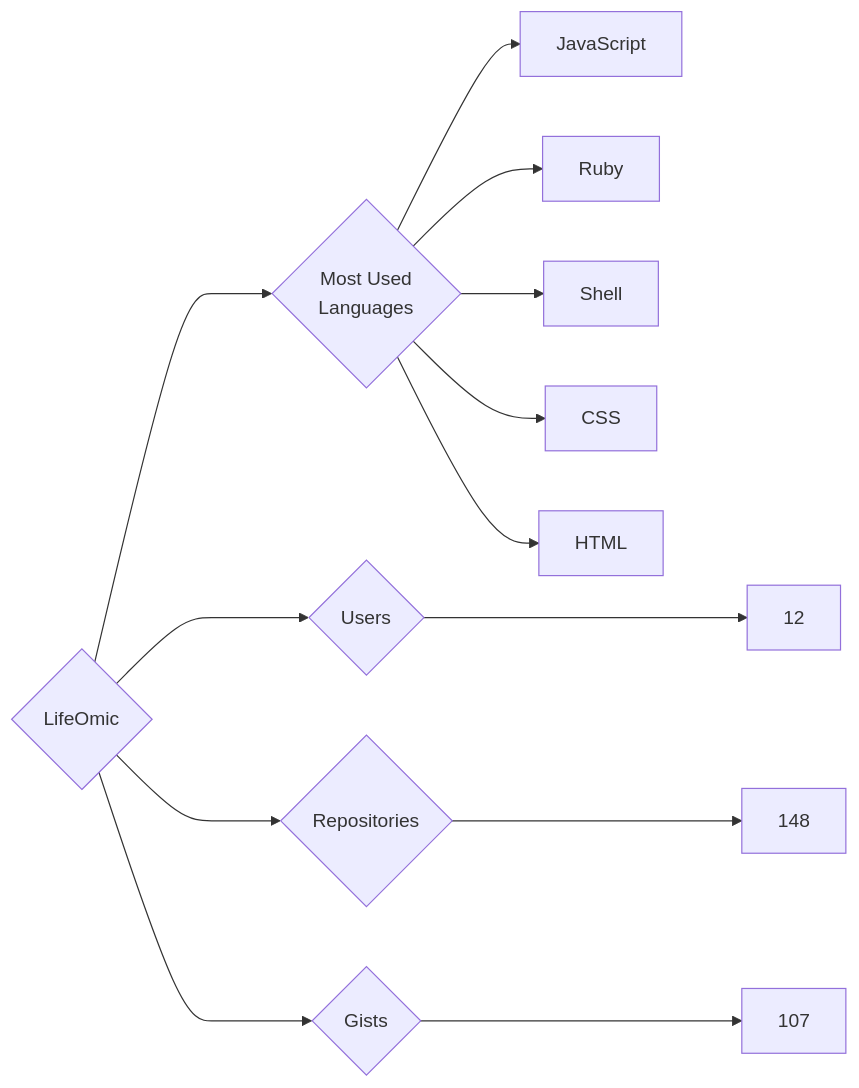
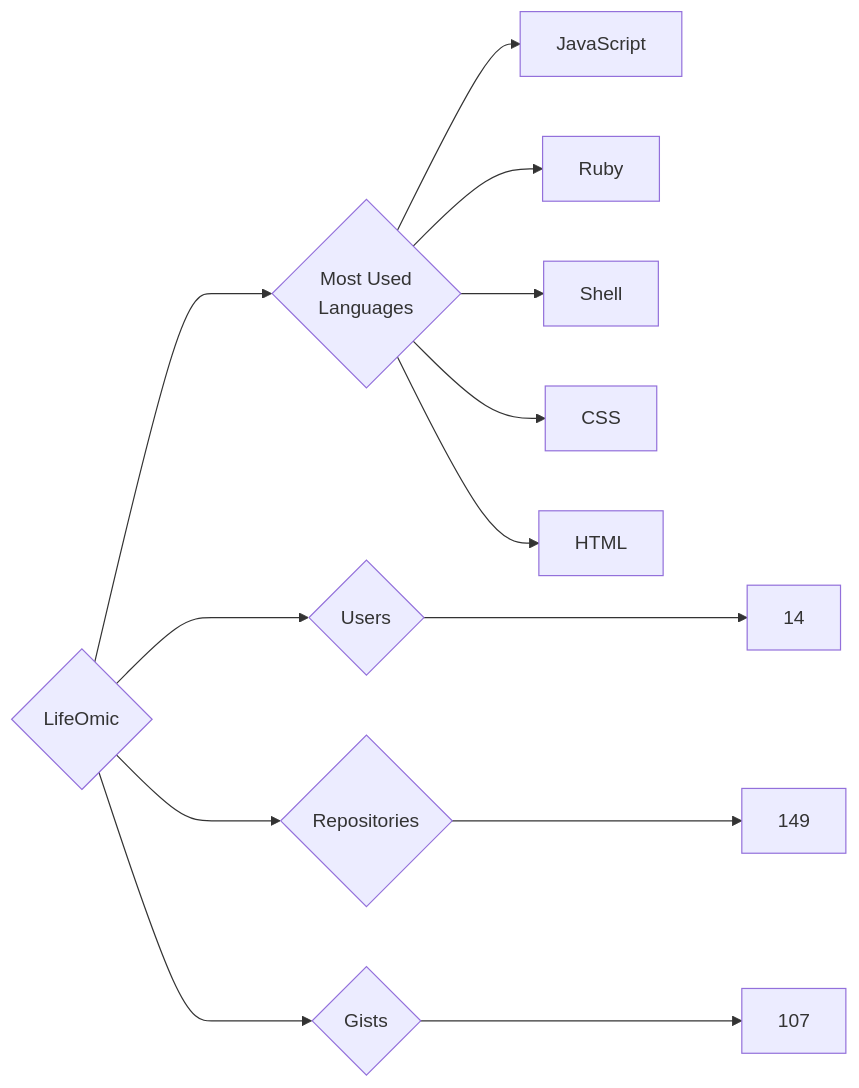
Before and after one commit to trickest/insiders: the diagram in targets/LifeOmic/README.md, drawn with Mermaid. The commit also changed 965 other files, not shown here.

````diff
--- a/targets/LifeOmic/README.md
+++ b/targets/LifeOmic/README.md
@@ -3,13 +3,13 @@
 ```mermaid
 graph LR
 COMPANY_NAME{LifeOmic}
-COMPANY_NAME ---> U{Users} ---> UN[12]
-COMPANY_NAME ---> R{Repositories} ---> RN[148]
+COMPANY_NAME ---> U{Users} ---> UN[14]
+COMPANY_NAME ---> R{Repositories} ---> RN[149]
 COMPANY_NAME ---> G{Gists} ---> GN[107]
 COMPANY_NAME ---> ML{Most Used<br>Languages}
 ML --> JavaScript[JavaScript]
 ML --> Ruby[Ruby]
 ML --> Shell[Shell]
 ML --> CSS[CSS]
 ML --> HTML[HTML]
 ```
````
